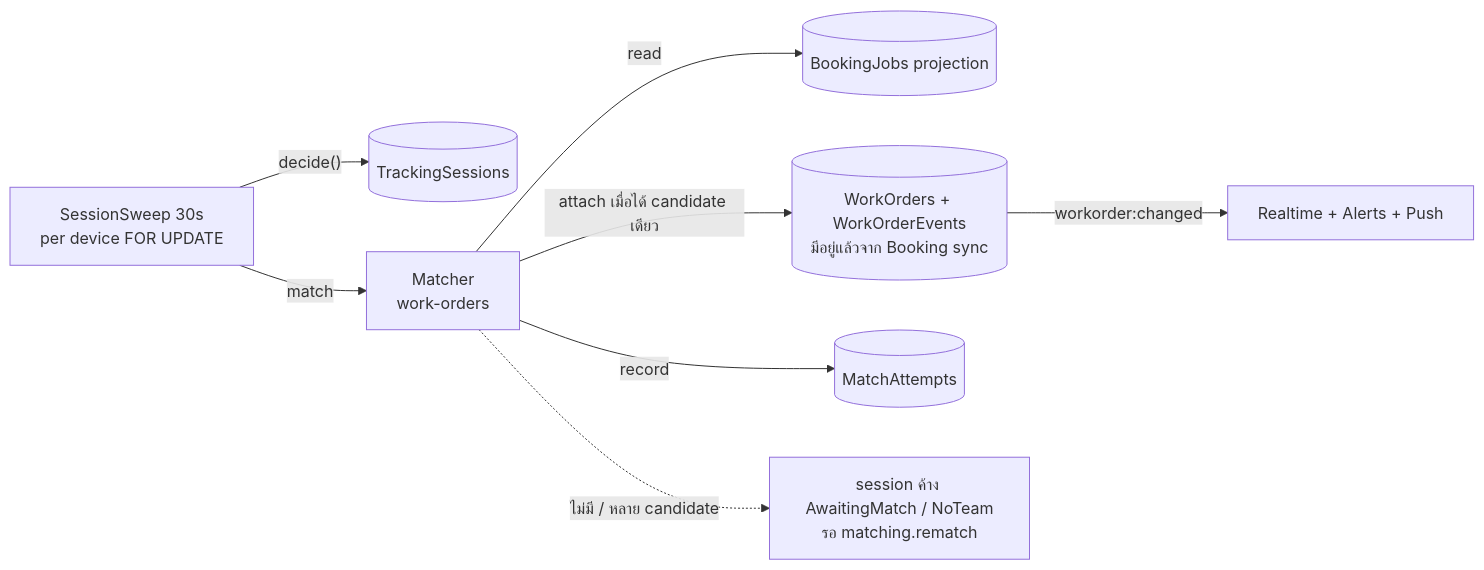
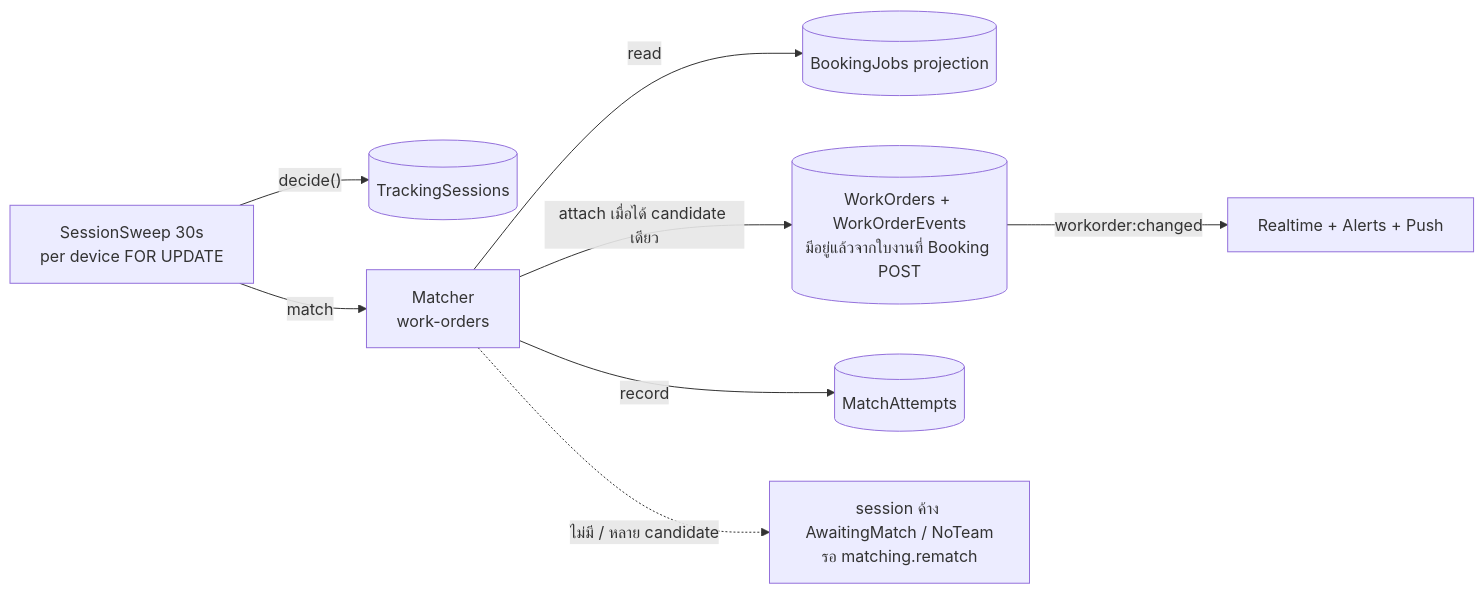
Before and after one commit to b-werayut/psd-bodycam-v1.0: the fifth of 6 diagrams in docs/blueprint/02-system-architecture.md, drawn with Mermaid. The commit also changed other lines of this file and 15 other files, not shown here.

````diff
--- a/docs/blueprint/02-system-architecture.md
+++ b/docs/blueprint/02-system-architecture.md
@@ -215,10 +224,10 @@
 ```mermaid
 flowchart LR
   SW["SessionSweep 30s<br/>per device FOR UPDATE"] -- "decide()" --> TS[("TrackingSessions")]
   SW -- "match" --> M["Matcher<br/>work-orders"]
   M -- "read" --> BJ[("BookingJobs projection")]
-  M -- "attach เมื่อได้ candidate เดียว" --> WO[("WorkOrders + WorkOrderEvents<br/>มีอยู่แล้วจาก Booking sync")]
+  M -- "attach เมื่อได้ candidate เดียว" --> WO[("WorkOrders + WorkOrderEvents<br/>มีอยู่แล้วจากใบงานที่ Booking POST")]
   M -- "record" --> MA[("MatchAttempts")]
   M -. "ไม่มี / หลาย candidate" .-> AW["session ค้าง AwaitingMatch / NoTeam<br/>รอ matching.rematch"]
   WO -- "workorder:changed" --> RT["Realtime + Alerts + Push"]
 ```
````
